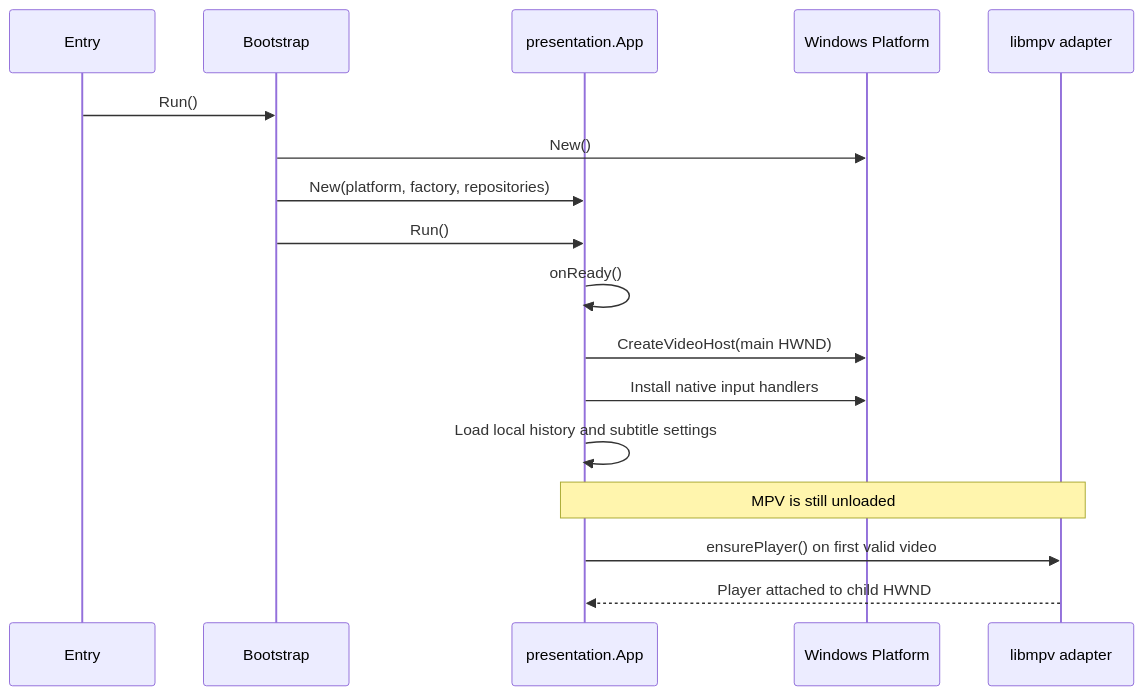
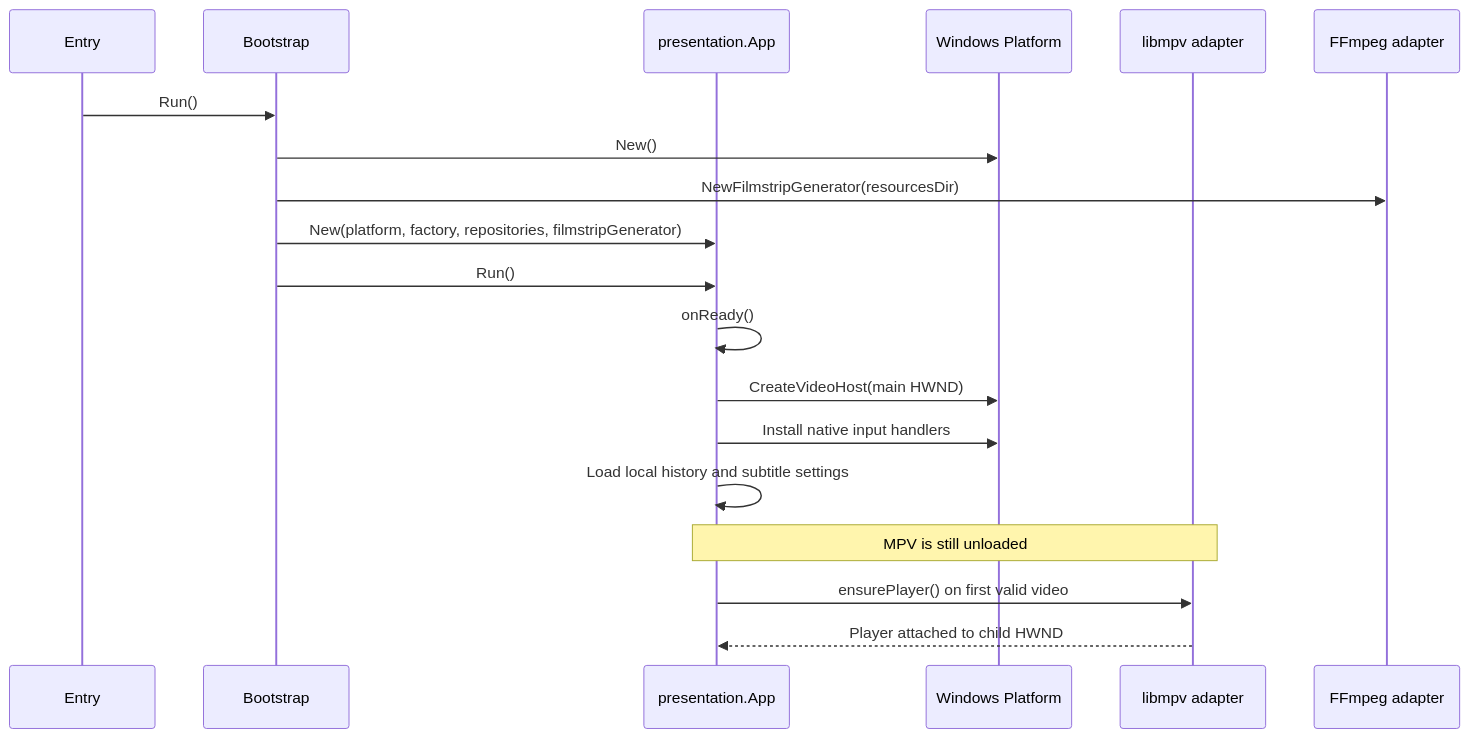
One commit to amirreza-ashrafi-dev/Aurora changed the second of 2 diagrams in docs/DEVELOPER_GUIDE.md. Above: the diagram before and after it, drawn with Mermaid. The commit also changed other lines of this file and 4 other files, not shown here.

Commit message:
Document timeline thumbnail filmstrip

```diff
--- a/docs/DEVELOPER_GUIDE.md
+++ b/docs/DEVELOPER_GUIDE.md
@@ -139,19 +157,21 @@
 ~~~mermaid
 sequenceDiagram
     participant Entry
     participant Bootstrap
     participant App as presentation.App
     participant Win as Windows Platform
     participant MPV as libmpv adapter
+    participant FFmpeg as FFmpeg adapter
     Entry->>Bootstrap: Run()
     Bootstrap->>Win: New()
-    Bootstrap->>App: New(platform, factory, repositories)
+    Bootstrap->>FFmpeg: NewFilmstripGenerator(resourcesDir)
+    Bootstrap->>App: New(platform, factory, repositories, filmstripGenerator)
     Bootstrap->>App: Run()
     App->>App: onReady()
     App->>Win: CreateVideoHost(main HWND)
     App->>Win: Install native input handlers
     App->>App: Load local history and subtitle settings
     Note over App,MPV: MPV is still unloaded
     App->>MPV: ensurePlayer() on first valid video
     MPV-->>App: Player attached to child HWND
 ~~~
```
